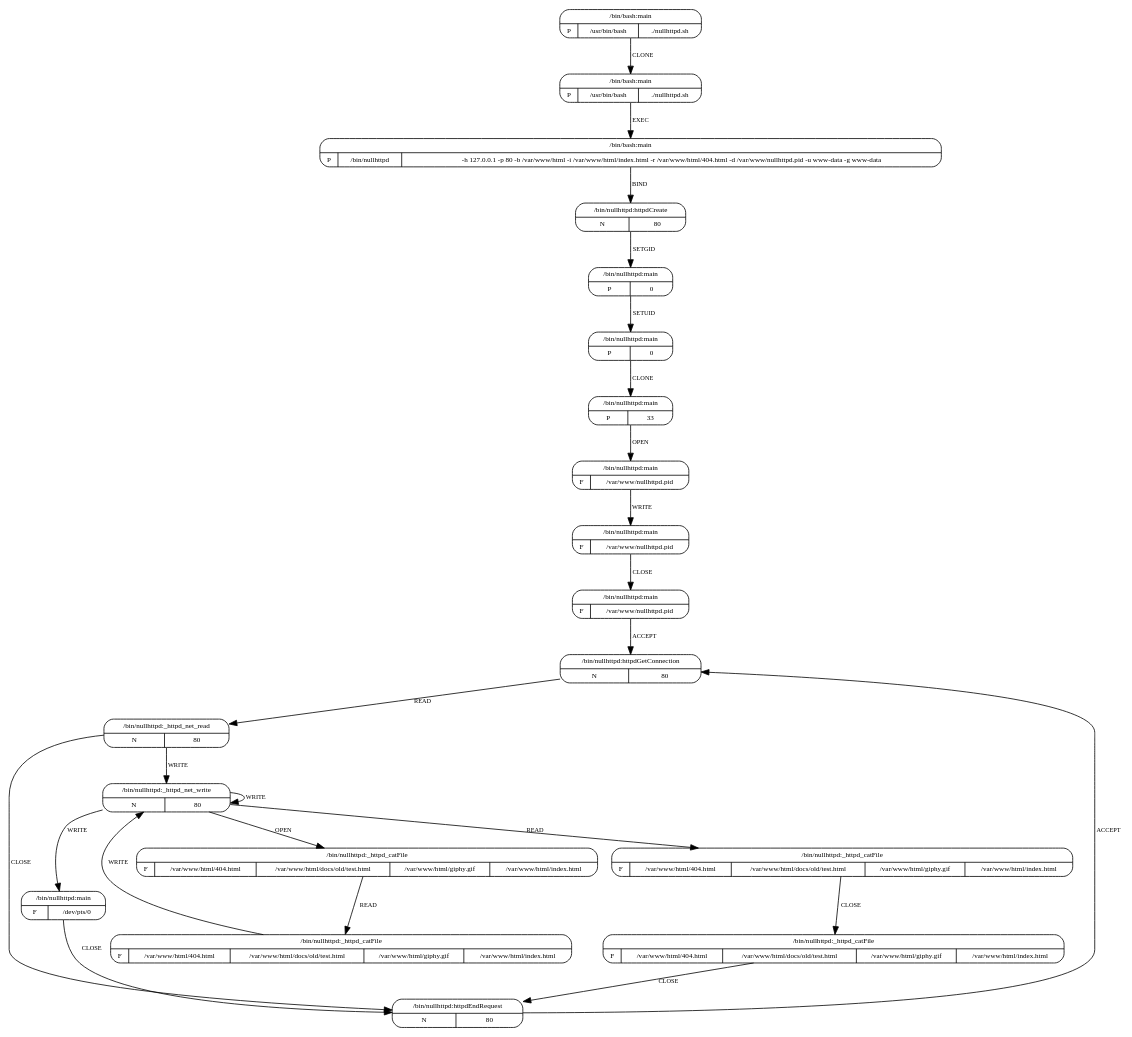
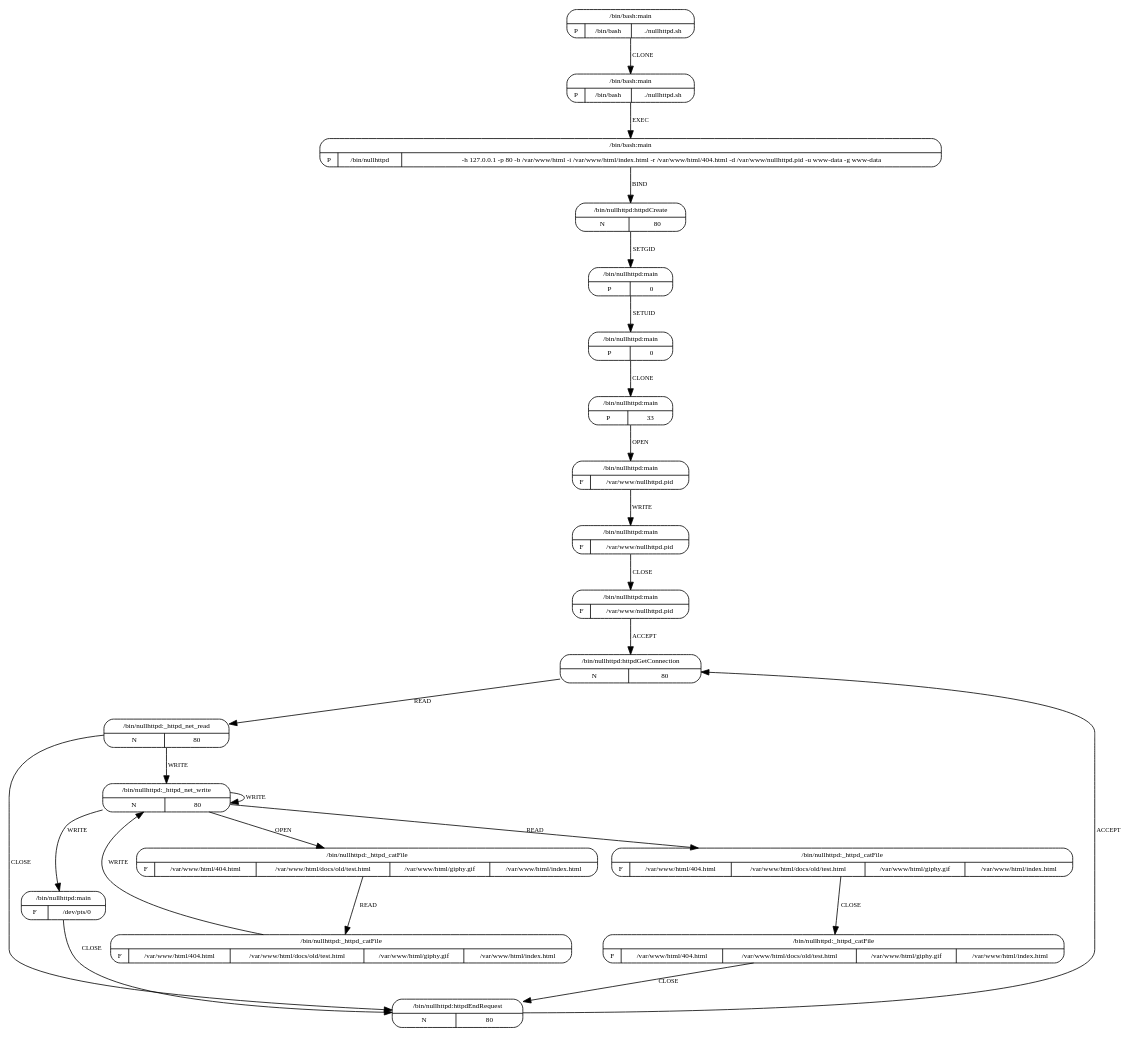
The diagram in plugins/mrm/resources/models/nullhttpd.dot (sysflow-telemetry/upolicycraft), drawn with Graphviz before and after one commit. The commit also changed 1 other file, not shown here.

```diff
--- a/plugins/mrm/resources/models/nullhttpd.dot
+++ b/plugins/mrm/resources/models/nullhttpd.dot
@@ -1,67 +1,67 @@
 digraph G {
   3 [shape=Mrecord, label="{{/bin/nullhttpd:httpdCreate}|{N|{80}}}", fontsize=9, ];
   10 [shape=Mrecord, label="{{/bin/nullhttpd:httpdGetConnection}|{N|{80}}}",
       fontsize=9, ];
   12 [shape=Mrecord, label="{{/bin/nullhttpd:_httpd_net_write}|{N|{80}}}",
       fontsize=9, ];
   11 [shape=Mrecord, label="{{/bin/nullhttpd:_httpd_net_read}|{N|{80}}}",
       fontsize=9, ];
   17 [shape=Mrecord,
       label="{{/bin/nullhttpd:_httpd_catFile}|{F|{/var/www/html/404.html}|{/var/www/html/docs/old/test.html}|{/var/www/html/giphy.gif}|{/var/www/html/index.html}}}",
       fontsize=9, ];
   18 [shape=Mrecord,
       label="{{/bin/nullhttpd:_httpd_catFile}|{F|{/var/www/html/404.html}|{/var/www/html/docs/old/test.html}|{/var/www/html/giphy.gif}|{/var/www/html/index.html}}}",
       fontsize=9, ];
   14 [shape=Mrecord,
       label="{{/bin/nullhttpd:_httpd_catFile}|{F|{/var/www/html/404.html}|{/var/www/html/docs/old/test.html}|{/var/www/html/giphy.gif}|{/var/www/html/index.html}}}",
       fontsize=9, ];
   15 [shape=Mrecord,
       label="{{/bin/nullhttpd:_httpd_catFile}|{F|{/var/www/html/404.html}|{/var/www/html/docs/old/test.html}|{/var/www/html/giphy.gif}|{/var/www/html/index.html}}}",
       fontsize=9, ];
   16 [shape=Mrecord, label="{{/bin/nullhttpd:httpdEndRequest}|{N|{80}}}",
       fontsize=9, ];
   13 [shape=Mrecord, label="{{/bin/nullhttpd:main}|{F|{/dev/pts/0}}}",
       fontsize=9, ];
   7 [shape=Mrecord, label="{{/bin/nullhttpd:main}|{F|{/var/www/nullhttpd.pid}}}",
      fontsize=9, ];
   8 [shape=Mrecord, label="{{/bin/nullhttpd:main}|{F|{/var/www/nullhttpd.pid}}}",
      fontsize=9, ];
   9 [shape=Mrecord, label="{{/bin/nullhttpd:main}|{F|{/var/www/nullhttpd.pid}}}",
      fontsize=9, ];
   6 [shape=Mrecord, label="{{/bin/nullhttpd:main}|{P|33}}", fontsize=9, ];
   5 [shape=Mrecord, label="{{/bin/nullhttpd:main}|{P|0}}", fontsize=9, ];
   4 [shape=Mrecord, label="{{/bin/nullhttpd:main}|{P|0}}", fontsize=9, ];
-  0 [shape=Mrecord, label="{{/bin/bash:main}|{P|/usr/bin/bash|./nullhttpd.sh}}",
+  0 [shape=Mrecord, label="{{/bin/bash:main}|{P|/bin/bash|./nullhttpd.sh}}",
      fontsize=9, ];
-  1 [shape=Mrecord, label="{{/bin/bash:main}|{P|/usr/bin/bash|./nullhttpd.sh}}",
+  1 [shape=Mrecord, label="{{/bin/bash:main}|{P|/bin/bash|./nullhttpd.sh}}",
      fontsize=9, ];
   2 [shape=Mrecord,
      label="{{/bin/bash:main}|{P|/bin/nullhttpd|-h 127.0.0.1 -p 80 -b /var/www/html -i /var/www/html/index.html -r /var/www/html/404.html -d /var/www/nullhttpd.pid -u www-data -g www-data}}",
      fontsize=9, ];
   
   
   3 -> 4 [label="SETGID", fontsize=8, ];
   10 -> 11 [label="READ", fontsize=8, ];
   12 -> 12 [label="WRITE", fontsize=8, ];
   12 -> 17 [label="OPEN", fontsize=8, ];
   12 -> 14 [label="READ", fontsize=8, ];
   12 -> 13 [label="WRITE", fontsize=8, ];
   11 -> 12 [label="WRITE", fontsize=8, ];
   11 -> 16 [label="CLOSE", fontsize=8, ];
   17 -> 18 [label="READ", fontsize=8, ];
   18 -> 12 [label="WRITE", fontsize=8, ];
   14 -> 15 [label="CLOSE", fontsize=8, ];
   15 -> 16 [label="CLOSE", fontsize=8, ];
   16 -> 10 [label="ACCEPT", fontsize=8, ];
   13 -> 16 [label="CLOSE", fontsize=8, ];
   7 -> 8 [label="WRITE", fontsize=8, ];
   8 -> 9 [label="CLOSE", fontsize=8, ];
   9 -> 10 [label="ACCEPT", fontsize=8, ];
   6 -> 7 [label="OPEN", fontsize=8, ];
   5 -> 6 [label="CLONE", fontsize=8, ];
   4 -> 5 [label="SETUID", fontsize=8, ];
   0 -> 1 [label="CLONE", fontsize=8, ];
   1 -> 2 [label="EXEC", fontsize=8, ];
   2 -> 3 [label="BIND", fontsize=8, ];
   
   }
```
